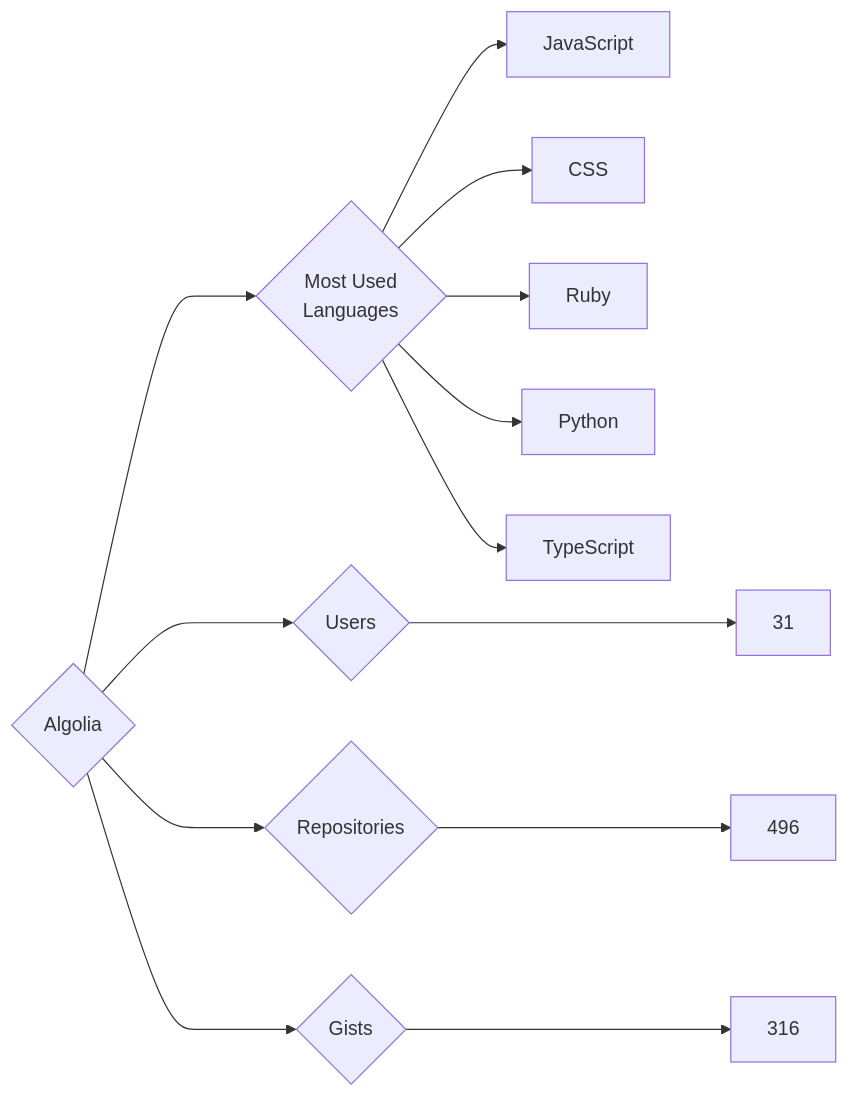
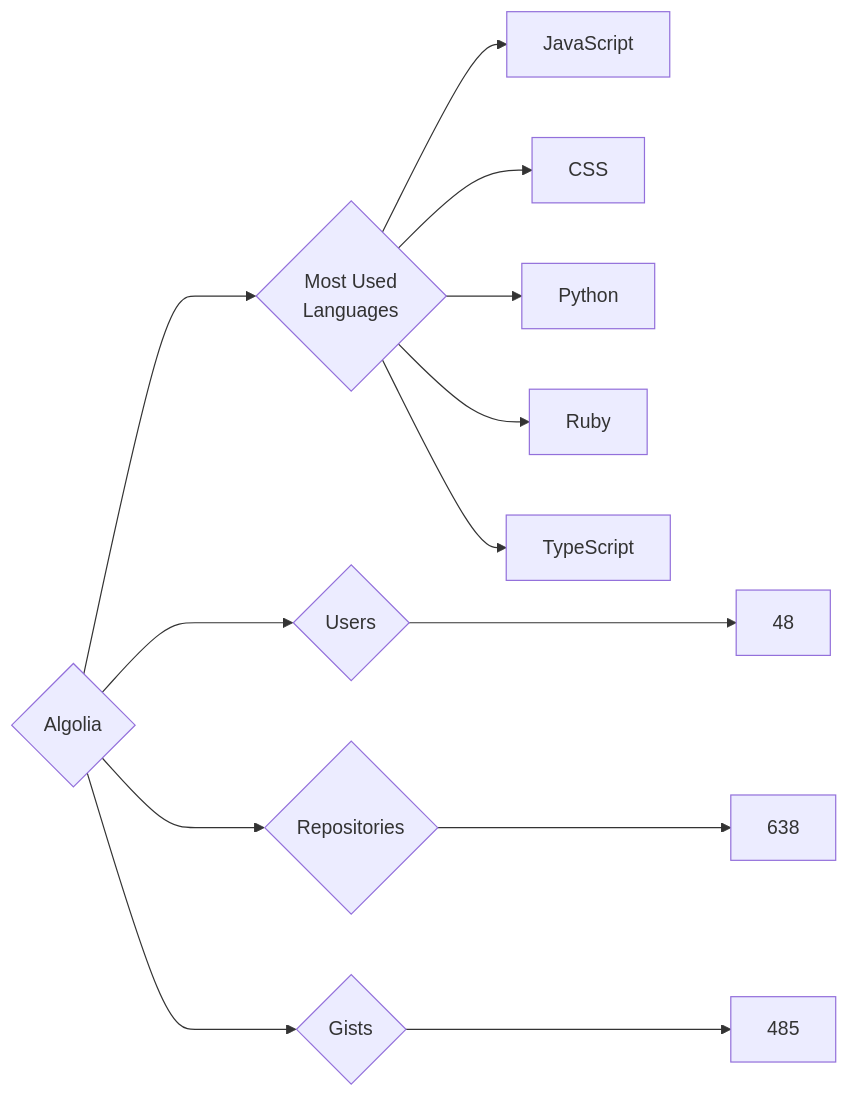
One commit to trickest/insiders changed the diagram in targets/Algolia/README.md. Above: the diagram before and after it, drawn with Mermaid. The commit also changed 545 other files, not shown here.

````diff
--- a/targets/Algolia/README.md
+++ b/targets/Algolia/README.md
@@ -3,13 +3,13 @@
 ```mermaid
 graph LR
 COMPANY_NAME{Algolia}
-COMPANY_NAME ---> U{Users} ---> UN[31]
-COMPANY_NAME ---> R{Repositories} ---> RN[496]
-COMPANY_NAME ---> G{Gists} ---> GN[316]
+COMPANY_NAME ---> U{Users} ---> UN[48]
+COMPANY_NAME ---> R{Repositories} ---> RN[638]
+COMPANY_NAME ---> G{Gists} ---> GN[485]
 COMPANY_NAME ---> ML{Most Used<br>Languages}
 ML --> JavaScript[JavaScript]
 ML --> CSS[CSS]
+ML --> Python[Python]
 ML --> Ruby[Ruby]
-ML --> Python[Python]
 ML --> TypeScript[TypeScript]
 ```
````
